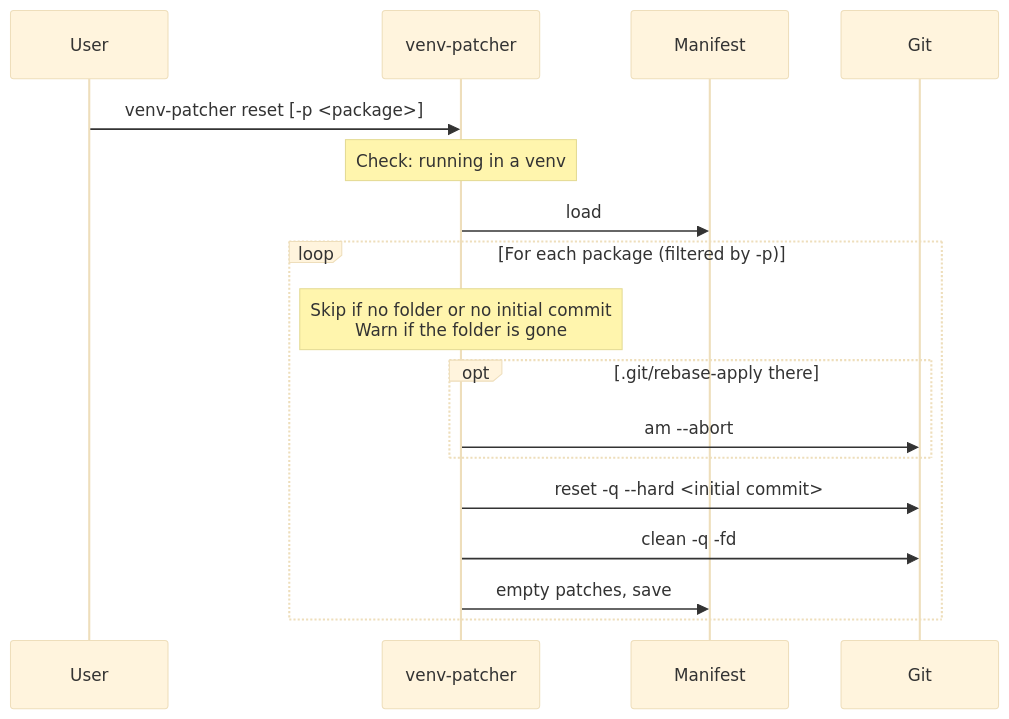
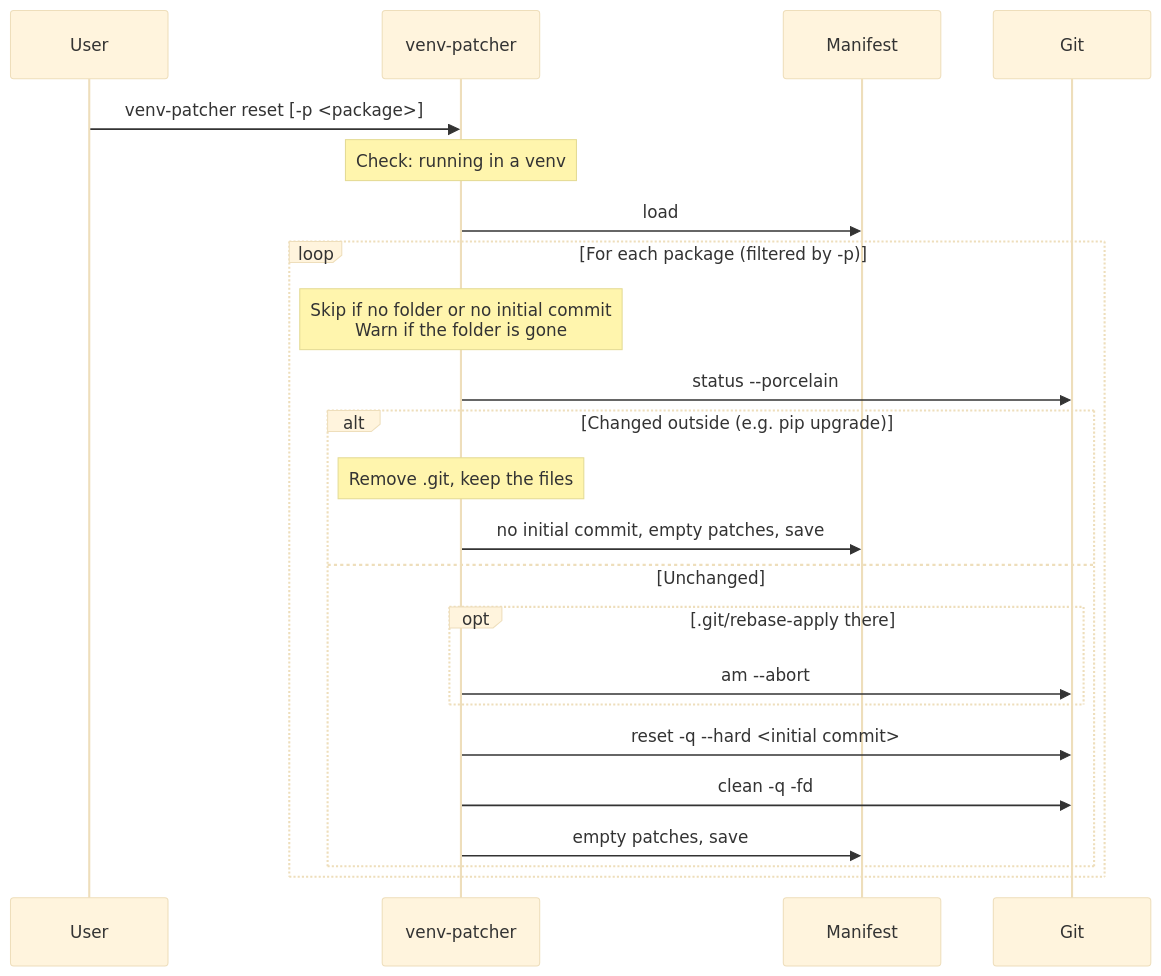
One commit to thorsten-klein/venv-patcher changed the third of 3 diagrams in doc/architecture/diagrams.md. Above: the diagram before and after it, drawn with Mermaid (base theme). The commit also changed other lines of this file and 12 other files, not shown here.

````diff
--- a/doc/architecture/diagrams.md
+++ b/doc/architecture/diagrams.md
@@ -95,20 +99,26 @@
 ```mermaid
 sequenceDiagram
     participant User
     participant venv-patcher
     participant Manifest
     participant Git
 
     User->>venv-patcher: venv-patcher reset [-p <package>]
     Note over venv-patcher: Check: running in a venv
     venv-patcher->>Manifest: load
     loop For each package (filtered by -p)
         Note over venv-patcher: Skip if no folder or no initial commit<br/>Warn if the folder is gone
-        opt .git/rebase-apply there
-            venv-patcher->>Git: am --abort
+        venv-patcher->>Git: status --porcelain
+        alt Changed outside (e.g. pip upgrade)
+            Note over venv-patcher: Remove .git, keep the files
+            venv-patcher->>Manifest: no initial commit, empty patches, save
+        else Unchanged
+            opt .git/rebase-apply there
+                venv-patcher->>Git: am --abort
+            end
+            venv-patcher->>Git: reset -q --hard <initial commit>
+            venv-patcher->>Git: clean -q -fd
+            venv-patcher->>Manifest: empty patches, save
         end
-        venv-patcher->>Git: reset -q --hard <initial commit>
-        venv-patcher->>Git: clean -q -fd
-        venv-patcher->>Manifest: empty patches, save
     end
 ```
````
